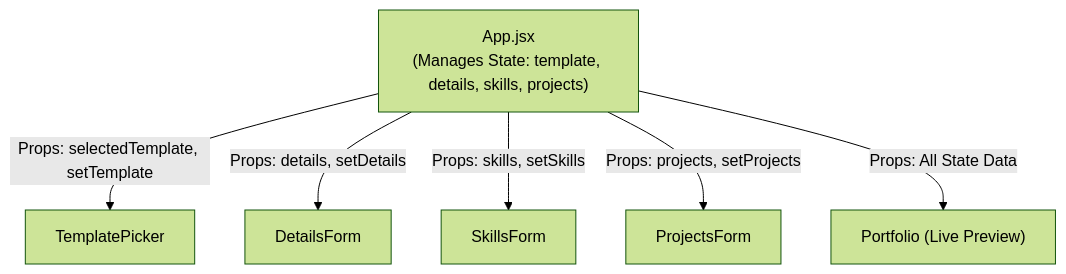
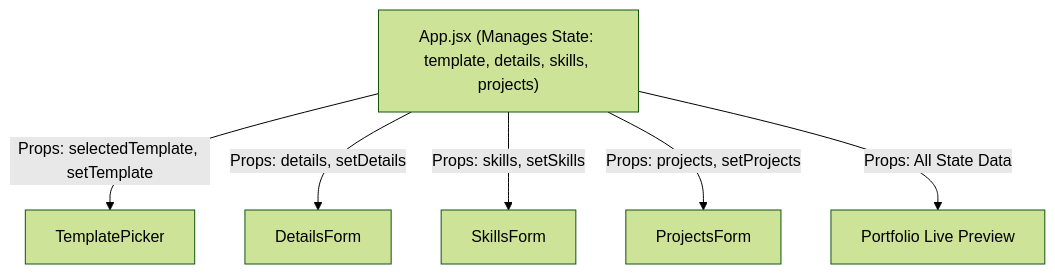
Before and after one commit to N-tex135/FSD_ASSIGNMENT_1: the diagram in README.md, drawn with Mermaid (forest theme). The commit also changed other lines of this file, not shown here.

````diff
--- a/README.md
+++ b/README.md
@@ -3,10 +1,10 @@
 ```mermaid
 graph TD
-    App["App.jsx<br/>(Manages State: template, details, skills, projects)"]
+    App["App.jsx (Manages State: template, details, skills, projects)"]
     
     App -->|Props: selectedTemplate, setTemplate| TP["TemplatePicker"]
     App -->|Props: details, setDetails| DF["DetailsForm"]
     App -->|Props: skills, setSkills| SF["SkillsForm"]
     App -->|Props: projects, setProjects| PF["ProjectsForm"]
-    App -->|Props: All State Data| Port["Portfolio (Live Preview)"]
+    App -->|Props: All State Data| Port["Portfolio Live Preview"]
 ```
````
